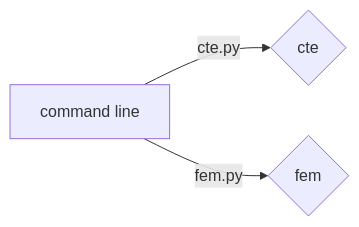
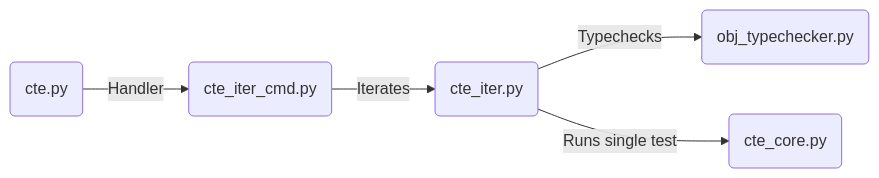
The second of 3 diagrams in tool_DATm/readme.md (cchiw/Diderot-Dev-Examples), drawn with Mermaid before and after one commit. The commit also changed other lines of this file and 39 other files, not shown here.

````diff
--- a/tool_DATm/readme.md
+++ b/tool_DATm/readme.md
@@ -75,5 +76,7 @@
 ```mermaid
 graph LR
-L[command line] -- cte.py --> C{cte}
-L[command line] -- fem.py --> f{fem}
+C(cte.py) -- Handler --> ICC(cte_iter_cmd.py) 
+ICC-- Iterates  -->IC(cte_iter.py)
+IC -- Typechecks --> OTY(obj_typechecker.py)
+IC-- Runs single test  -->CC(cte_core.py)
 ```
````
